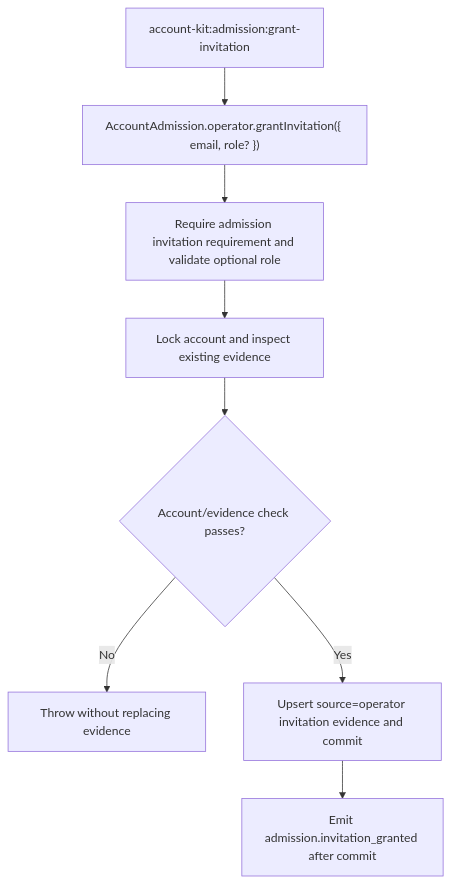
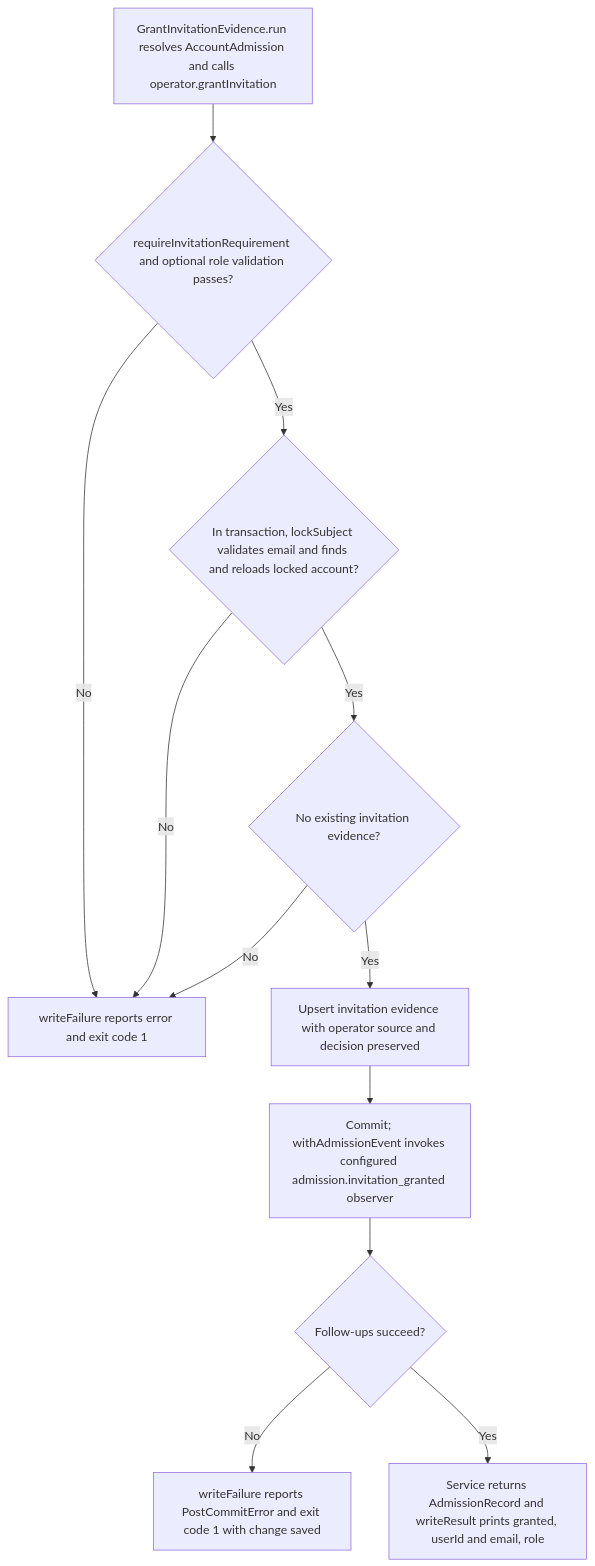
The second of 2 diagrams in user-stories/US-ACCOUNT-48-grant-admission-invitation-evidence.md (Kevinjohn/oss-adonisjs-account-kit), drawn with Mermaid before and after one commit. The commit also changed other lines of this file and 70 other files, not shown here.

Commit message:
Refresh the Account Kit user story catalogue for 0.6.0

````diff
--- a/user-stories/US-ACCOUNT-48-grant-admission-invitation-evidence.md
+++ b/user-stories/US-ACCOUNT-48-grant-admission-invitation-evidence.md
@@ -31,10 +33,14 @@
 ```mermaid
 flowchart TD
- A["account-kit:admission:grant-invitation"] --> B["AccountAdmission.operator.grantInvitation({ email, role? })"]
- B --> C["Require admission invitation requirement and validate optional role"]
- C --> D["Lock account and inspect existing evidence"]
- D --> E{"Account/evidence check passes?"}
- E -->|No| F["Throw without replacing evidence"]
- E -->|Yes| G["Upsert source=operator invitation evidence and commit"]
- G --> H["Emit admission.invitation_granted after commit"]
+ A["GrantInvitationEvidence.run resolves AccountAdmission and calls operator.grantInvitation"] --> B{"requireInvitationRequirement and optional role validation passes?"}
+ B -->|No| X["writeFailure reports error and exit code 1"]
+ B -->|Yes| C{"In transaction, lockSubject validates email and finds and reloads locked account?"}
+ C -->|No| X
+ C -->|Yes| D{"No existing invitation evidence?"}
+ D -->|No| X
+ D -->|Yes| E["Upsert invitation evidence with operator source and decision preserved"]
+ E --> F["Commit; withAdmissionEvent invokes configured admission.invitation_granted observer"]
+ F --> G{"Follow-ups succeed?"}
+ G -->|No| H["writeFailure reports PostCommitError and exit code 1 with change saved"]
+ G -->|Yes| I["Service returns AdmissionRecord and writeResult prints granted, userId and email, role"]
 ```
````
